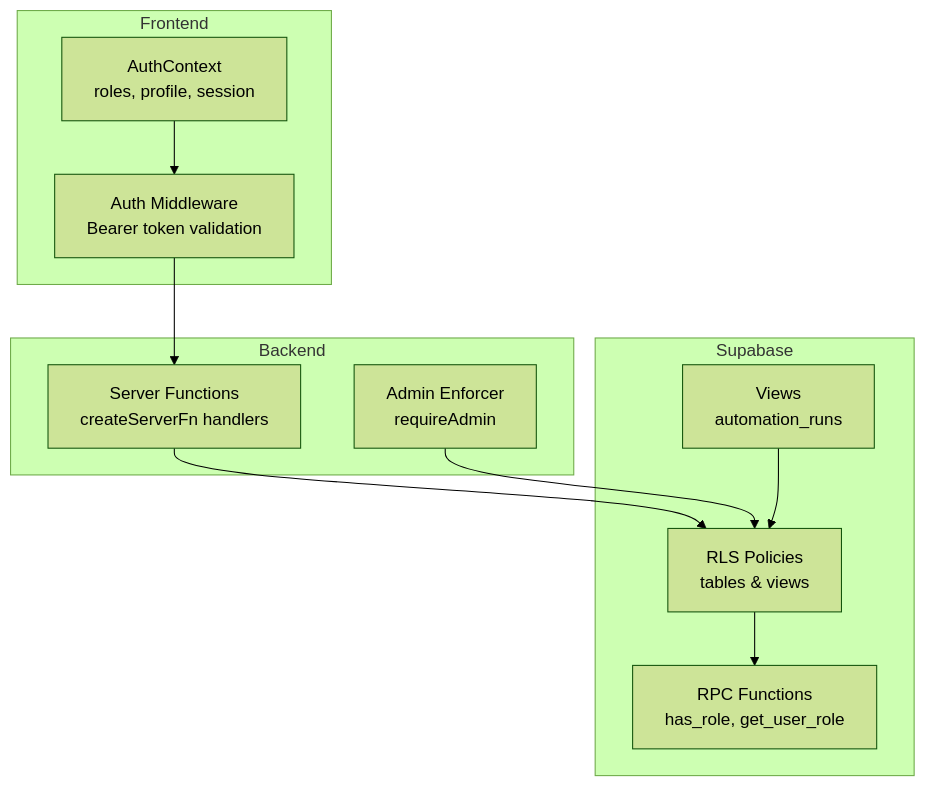
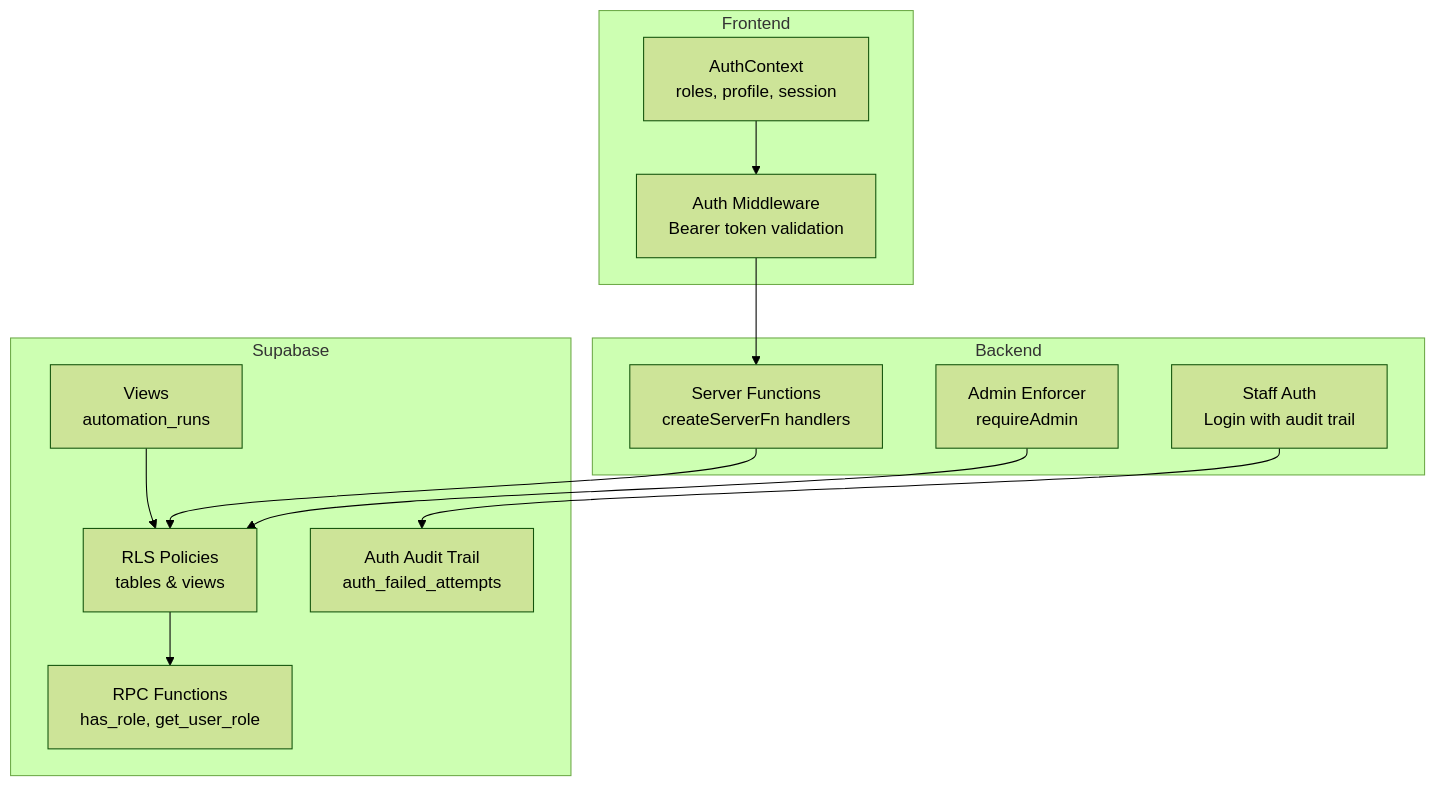
The first of 9 diagrams in .qoder/repowiki/en/content/Domain Model and Database Schema/Security and Access Control.md (gastaldellomarco/pcReady), drawn with Mermaid (forest theme) before and after one commit. The commit also changed other lines of this file and 15 other files, not shown here.

````diff
--- a/.qoder/repowiki/en/content/Domain Model and Database Schema/Security and Access Control.md
+++ b/.qoder/repowiki/en/content/Domain Model and Database Schema/Security and Access Control.md
@@ -49,22 +63,25 @@
 ```mermaid
 graph TB
 subgraph "Frontend"
 AC["AuthContext<br/>roles, profile, session"]
 MW["Auth Middleware<br/>Bearer token validation"]
 end
 subgraph "Backend"
 SF["Server Functions<br/>createServerFn handlers"]
 ADM["Admin Enforcer<br/>requireAdmin"]
+AUTH["Staff Auth<br/>Login with audit trail"]
 end
 subgraph "Supabase"
 RLS["RLS Policies<br/>tables & views"]
 RPC["RPC Functions<br/>has_role, get_user_role"]
 VIEWS["Views<br/>automation_runs"]
+AUDIT["Auth Audit Trail<br/>auth_failed_attempts"]
 end
 AC --> MW
 MW --> SF
 SF --> RLS
 ADM --> RLS
+AUTH --> AUDIT
 RLS --> RPC
 VIEWS --> RLS
 ```
````
